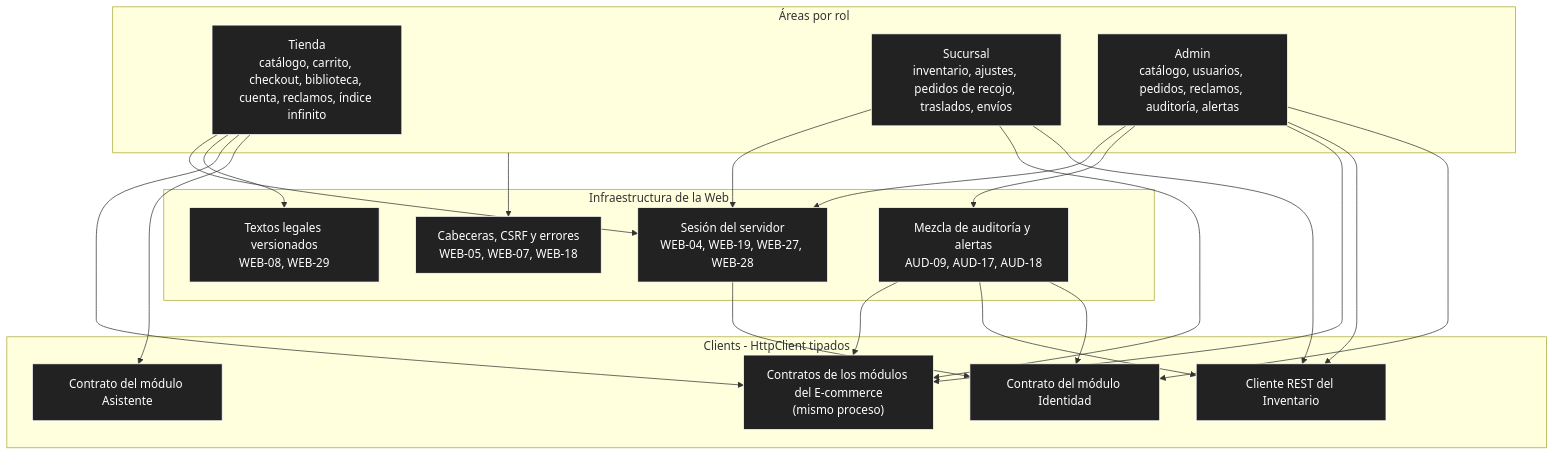
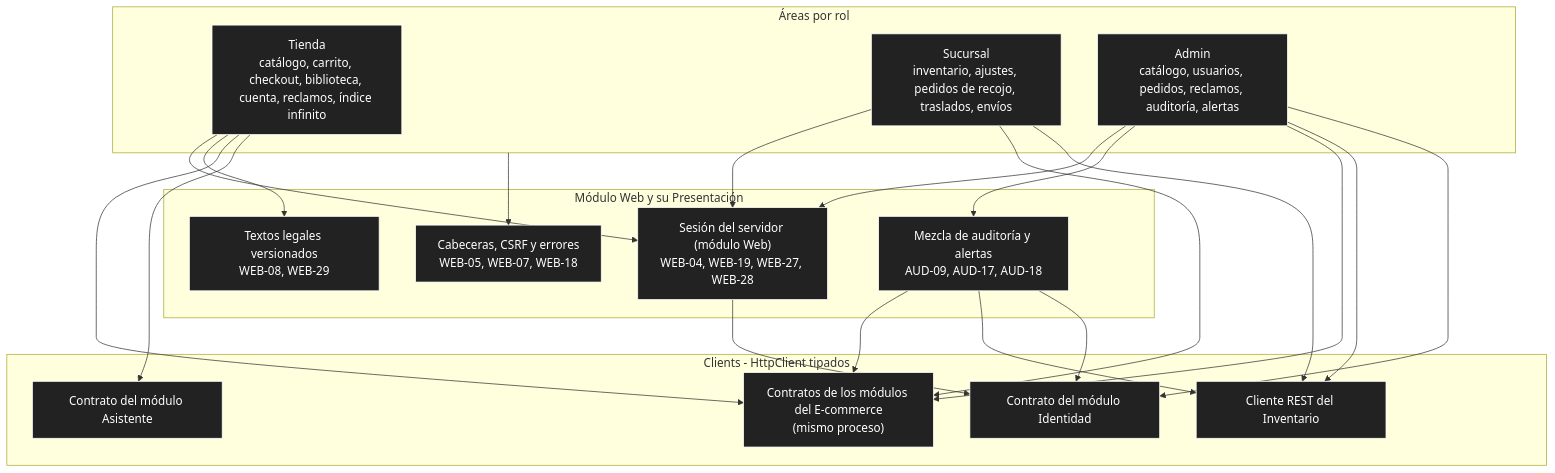
The fifth of 5 diagrams in docs/04-modelo-c4/02-componentes.md (P35C4D0R4B1050/BabelHub), drawn with Mermaid before and after one commit. The commit also changed other lines of this file and 11 other files, not shown here.

````diff
--- a/docs/04-modelo-c4/02-componentes.md
+++ b/docs/04-modelo-c4/02-componentes.md
@@ -288,43 +288,43 @@
 ```mermaid
 flowchart TD
 subgraph AREAS["Áreas por rol"]
 TIE["Tienda<br/>catálogo, carrito, checkout, biblioteca, cuenta, reclamos, índice infinito"]
 SUC["Sucursal<br/>inventario, ajustes, pedidos de recojo, traslados, envíos"]
 ADM["Admin<br/>catálogo, usuarios, pedidos, reclamos, auditoría, alertas"]
 end
 
-subgraph INF["Infraestructura de la Web"]
-SESW["Sesión del servidor<br/>WEB-04, WEB-19, WEB-27, WEB-28"]
+subgraph INF["Módulo Web y su Presentación"]
+SESW["Sesión del servidor (módulo Web)<br/>WEB-04, WEB-19, WEB-27, WEB-28"]
 SEGW["Cabeceras, CSRF y errores<br/>WEB-05, WEB-07, WEB-18"]
 LEG["Textos legales versionados<br/>WEB-08, WEB-29"]
 MEZ["Mezcla de auditoría y alertas<br/>AUD-09, AUD-17, AUD-18"]
 end
 
 subgraph CLI["Clients - HttpClient tipados"]
 CE["Contratos de los módulos del E-commerce<br/>(mismo proceso)"]
 CI["Cliente REST del Inventario"]
 CD["Contrato del módulo Identidad"]
 CA["Contrato del módulo Asistente"]
 end
 
 TIE --> SESW
 SUC --> SESW
 ADM --> SESW
 ADM --> MEZ
 TIE --> LEG
 TIE --> CE
 TIE --> CA
 SUC --> CE
 SUC --> CI
 ADM --> CE
 ADM --> CI
 ADM --> CD
 MEZ --> CE
 MEZ --> CI
 MEZ --> CD
 SESW --> CD
 AREAS --> SEGW
 
 classDef n fill:#222,stroke:#fff,color:#fff
 class TIE,SUC,ADM,SESW,SEGW,LEG,MEZ,CE,CI,CD,CA n
 ```
````
